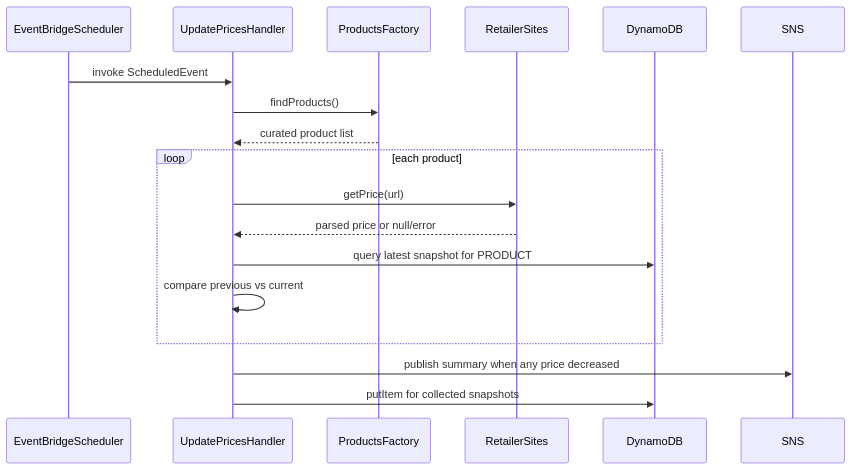
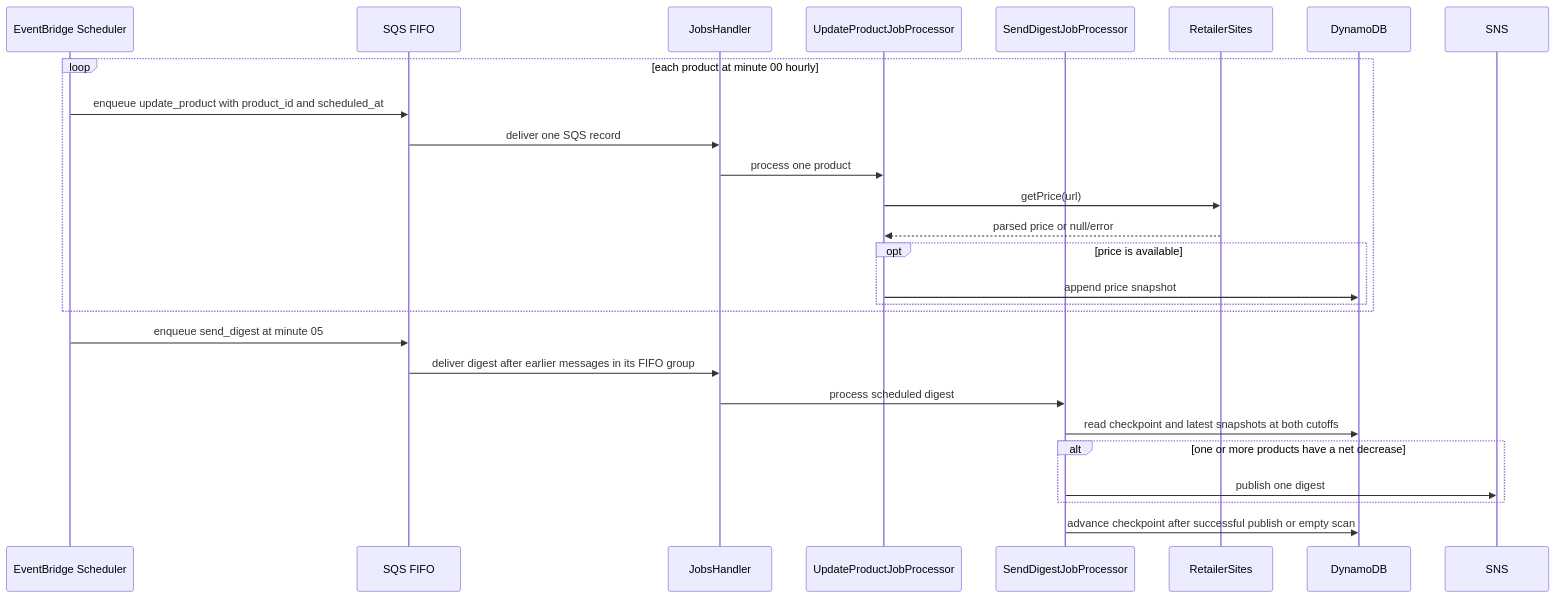
The second of 2 diagrams in price_tracker_api/README.md (jordansimsmith/jordansimsmith-com), drawn with Mermaid before and after one commit. The commit also changed other lines of this file and 24 other files, not shown here.

Commit message:
Queue price tracker jobs hourly

````diff
--- a/price_tracker_api/README.md
+++ b/price_tracker_api/README.md
@@ -64,21 +74,30 @@
 ```mermaid
 sequenceDiagram
-  participant scheduler as EventBridgeScheduler
-  participant handler as UpdatePricesHandler
-  participant catalog as ProductsFactory
+  participant scheduler as EventBridge Scheduler
+  participant queue as SQS FIFO
+  participant handler as JobsHandler
+  participant update as UpdateProductJobProcessor
+  participant digest as SendDigestJobProcessor
   participant retailers as RetailerSites
   participant table as DynamoDB
   participant sns as SNS
 
-  scheduler->>handler: invoke ScheduledEvent
-  handler->>catalog: findProducts()
-  catalog-->>handler: curated product list
-  loop each product
-    handler->>retailers: getPrice(url)
-    retailers-->>handler: parsed price or null/error
-    handler->>table: query latest snapshot for PRODUCT#url
-    handler->>handler: compare previous vs current
+  loop each product at minute 00 hourly
+    scheduler->>queue: enqueue update_product with product_id and scheduled_at
+    queue->>handler: deliver one SQS record
+    handler->>update: process one product
+    update->>retailers: getPrice(url)
+    retailers-->>update: parsed price or null/error
+    opt price is available
+      update->>table: append price snapshot
+    end
   end
-  handler->>sns: publish summary when any price decreased
-  handler->>table: putItem for collected snapshots
+  scheduler->>queue: enqueue send_digest at minute 05
+  queue->>handler: deliver digest after earlier messages in its FIFO group
+  handler->>digest: process scheduled digest
+  digest->>table: read checkpoint and latest snapshots at both cutoffs
+  alt one or more products have a net decrease
+    digest->>sns: publish one digest
+  end
+  digest->>table: advance checkpoint after successful publish or empty scan
 ```
````
